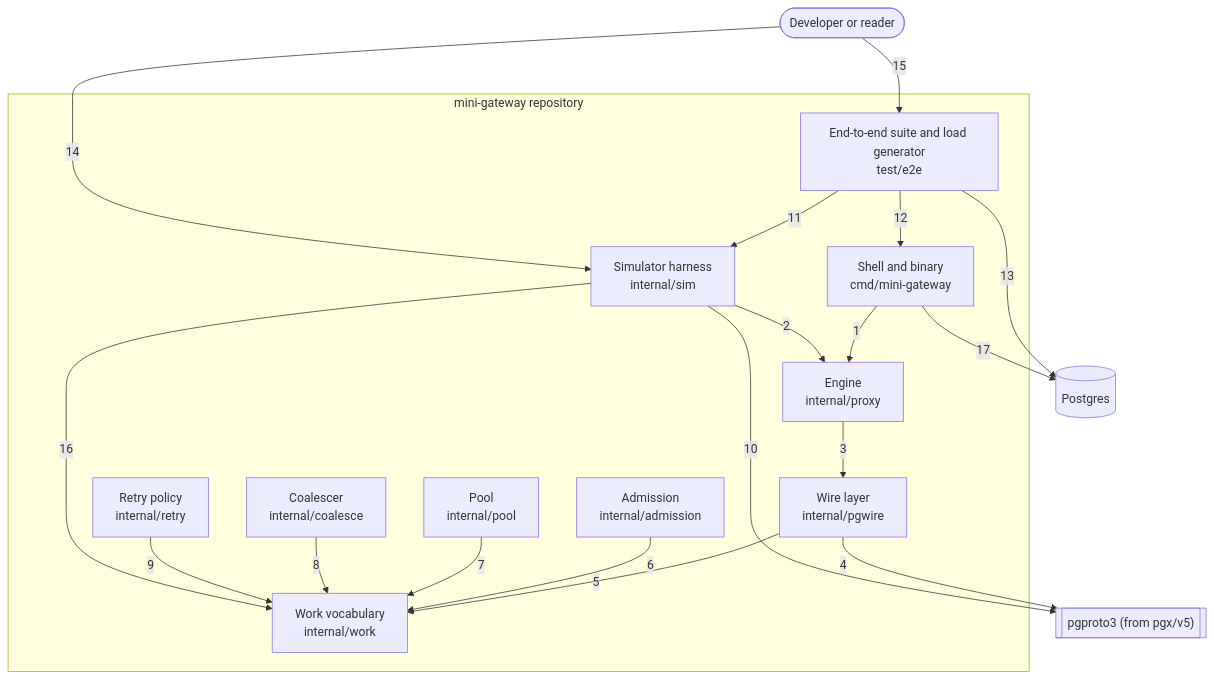
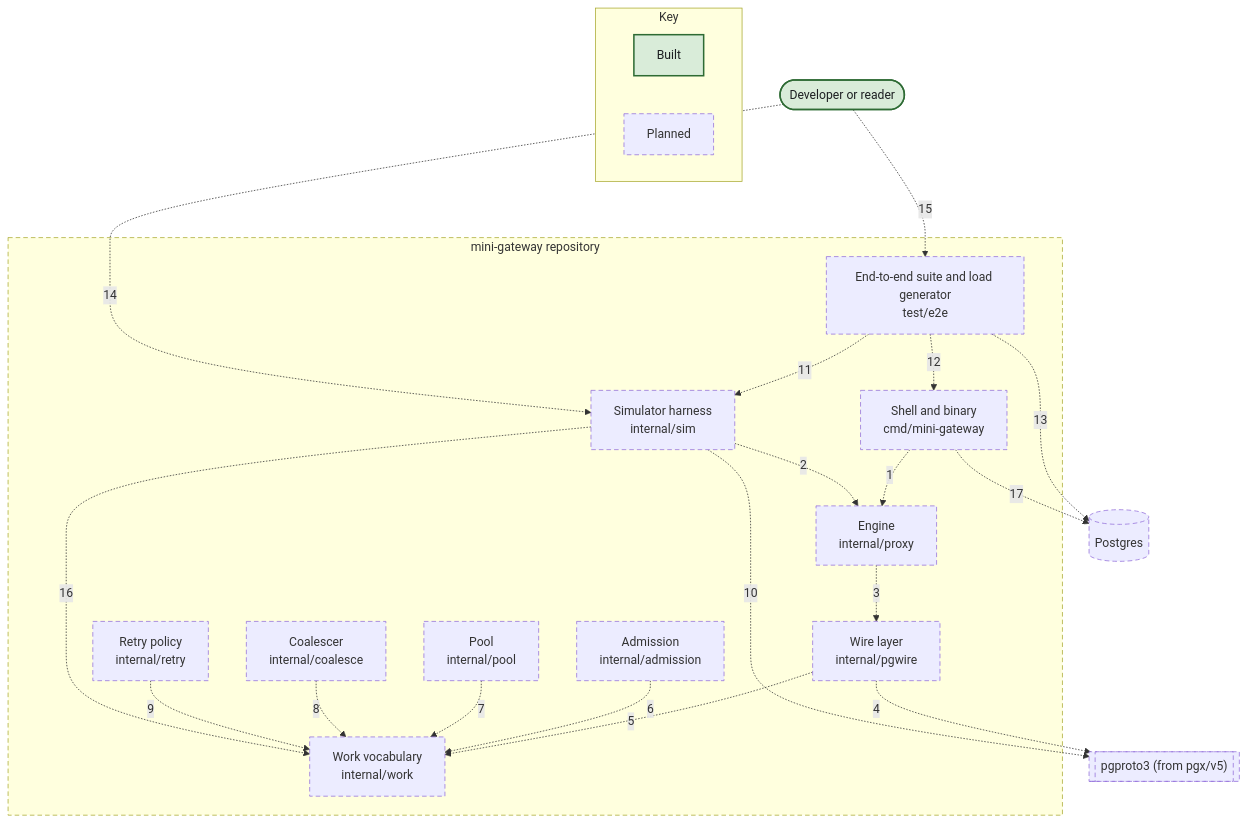
The diagram in docs/c4/diagrams/03-container-drivers-and-seams.mmd (nickstrad/mini-gateway), drawn with Mermaid before and after one commit. The commit also changed 28 other files, not shown here.

```diff
--- a/docs/c4/diagrams/03-container-drivers-and-seams.mmd
+++ b/docs/c4/diagrams/03-container-drivers-and-seams.mmd
@@ -1,33 +1,40 @@
 flowchart TB
-  DEVELOPER(["Developer or reader"])
-  PGPROTO3[["pgproto3 (from pgx/v5)"]]
-  PG[("Postgres")]
+  DEVELOPER(["Developer or reader"]):::built
+  PGPROTO3[["pgproto3 (from pgx/v5)"]]:::planned
+  PG[("Postgres")]:::planned
   subgraph SCOPE["mini-gateway repository"]
-    C_SIM["Simulator harness<br/>internal/sim"]
-    C_E2E["End-to-end suite and load generator<br/>test/e2e"]
-    C_SHELL["Shell and binary<br/>cmd/mini-gateway"]
-    C_ENGINE["Engine<br/>internal/proxy"]
-    C_PGWIRE["Wire layer<br/>internal/pgwire"]
-    C_WORK["Work vocabulary<br/>internal/work"]
-    C_ADM["Admission<br/>internal/admission"]
-    C_POOL["Pool<br/>internal/pool"]
-    C_COAL["Coalescer<br/>internal/coalesce"]
-    C_RETRY["Retry policy<br/>internal/retry"]
+    C_SIM["Simulator harness<br/>internal/sim"]:::planned
+    C_E2E["End-to-end suite and load generator<br/>test/e2e"]:::planned
+    C_SHELL["Shell and binary<br/>cmd/mini-gateway"]:::planned
+    C_ENGINE["Engine<br/>internal/proxy"]:::planned
+    C_PGWIRE["Wire layer<br/>internal/pgwire"]:::planned
+    C_WORK["Work vocabulary<br/>internal/work"]:::planned
+    C_ADM["Admission<br/>internal/admission"]:::planned
+    C_POOL["Pool<br/>internal/pool"]:::planned
+    C_COAL["Coalescer<br/>internal/coalesce"]:::planned
+    C_RETRY["Retry policy<br/>internal/retry"]:::planned
   end
-  C_SHELL -->|1| C_ENGINE
-  C_SIM -->|2| C_ENGINE
-  C_ENGINE -->|3| C_PGWIRE
-  C_PGWIRE -->|4| PGPROTO3
-  C_PGWIRE -->|5| C_WORK
-  C_ADM -->|6| C_WORK
-  C_POOL -->|7| C_WORK
-  C_COAL -->|8| C_WORK
-  C_RETRY -->|9| C_WORK
-  C_SIM -->|10| PGPROTO3
-  C_E2E -->|11| C_SIM
-  C_E2E -->|12| C_SHELL
-  C_E2E -->|13| PG
-  DEVELOPER -->|14| C_SIM
-  DEVELOPER -->|15| C_E2E
-  C_SIM -->|16| C_WORK
-  C_SHELL -->|17| PG
+  C_SHELL -.->|1| C_ENGINE
+  C_SIM -.->|2| C_ENGINE
+  C_ENGINE -.->|3| C_PGWIRE
+  C_PGWIRE -.->|4| PGPROTO3
+  C_PGWIRE -.->|5| C_WORK
+  C_ADM -.->|6| C_WORK
+  C_POOL -.->|7| C_WORK
+  C_COAL -.->|8| C_WORK
+  C_RETRY -.->|9| C_WORK
+  C_SIM -.->|10| PGPROTO3
+  C_E2E -.->|11| C_SIM
+  C_E2E -.->|12| C_SHELL
+  C_E2E -.->|13| PG
+  DEVELOPER -.->|14| C_SIM
+  DEVELOPER -.->|15| C_E2E
+  C_SIM -.->|16| C_WORK
+  C_SHELL -.->|17| PG
+  subgraph KEY["Key"]
+    KEY_BUILT["Built"]:::built
+    KEY_PLANNED["Planned"]:::planned
+  end
+  classDef built fill:#d9ecd9,stroke:#2e6b34,stroke-width:2px,color:#1c1e21
+  classDef planned stroke-width:1px,stroke-dasharray:6 4
+  style SCOPE stroke-dasharray:6 4
```
